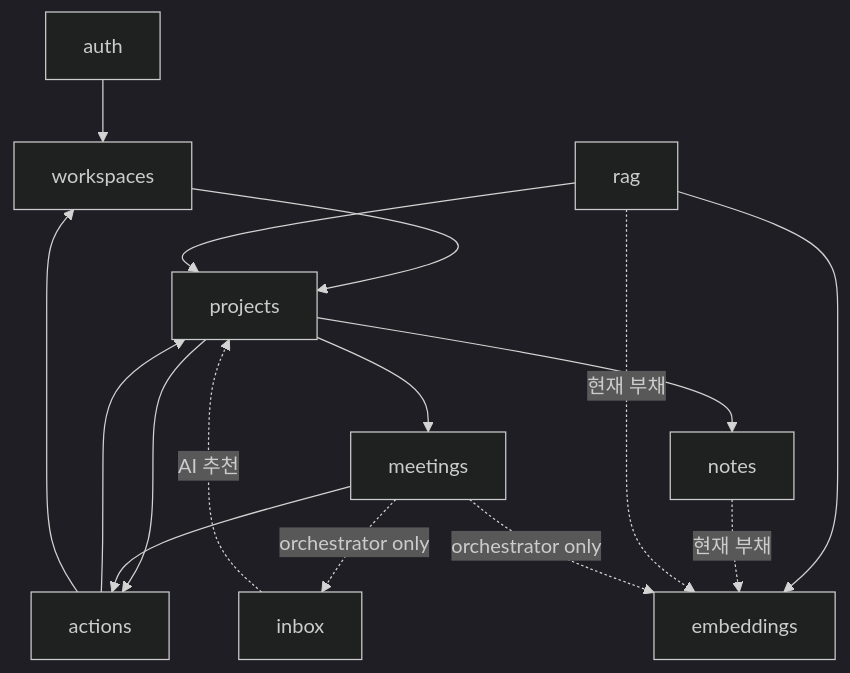
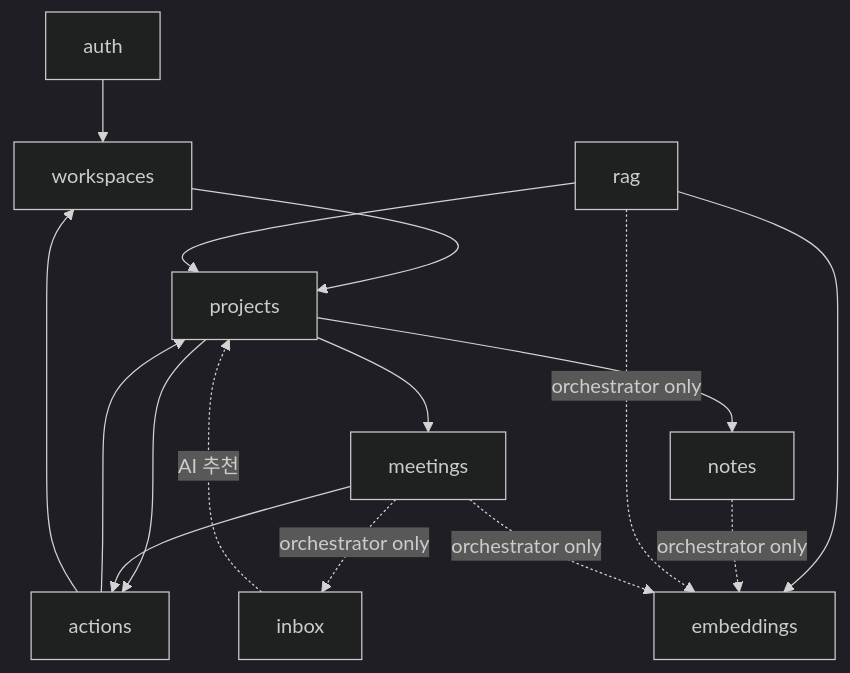
One commit to woosung-dev/kairos changed the diagram in CONTEXT-MAP.md. Above: the diagram before and after it, drawn with Mermaid (dark theme). The commit also changed other lines of this file and 1 other file, not shown here.

````diff
--- a/CONTEXT-MAP.md
+++ b/CONTEXT-MAP.md
@@ -111,18 +111,18 @@
 ```mermaid
 graph TD
   auth[auth] --> workspaces
   workspaces --> projects
   projects --> notes
   projects --> actions
   projects --> meetings
   meetings --> actions
   actions --> projects
   actions --> workspaces
   inbox -.AI 추천.-> projects
   rag --> embeddings
   rag --> projects
-  notes -.현재 부채.-> embeddings
-  rag -.현재 부채.-> embeddings
+  notes -. orchestrator only .-> embeddings
+  rag -. orchestrator only .-> embeddings
   meetings -. orchestrator only .-> inbox
   meetings -. orchestrator only .-> embeddings
 ```
````
